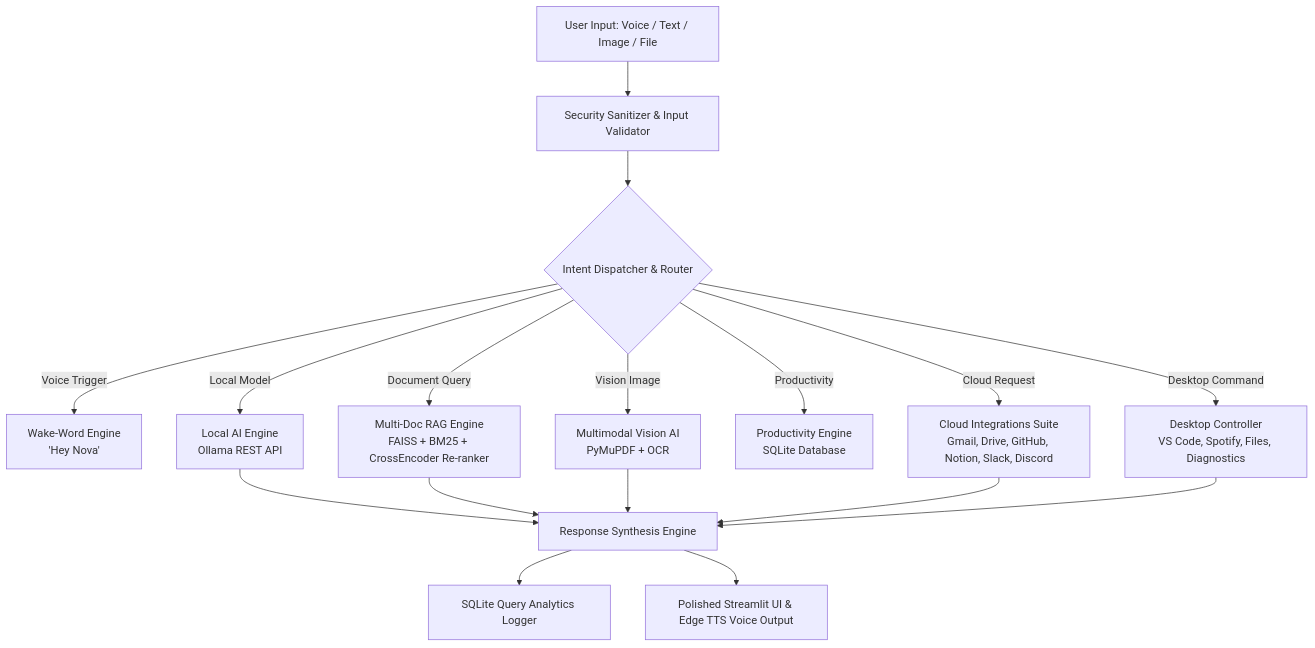
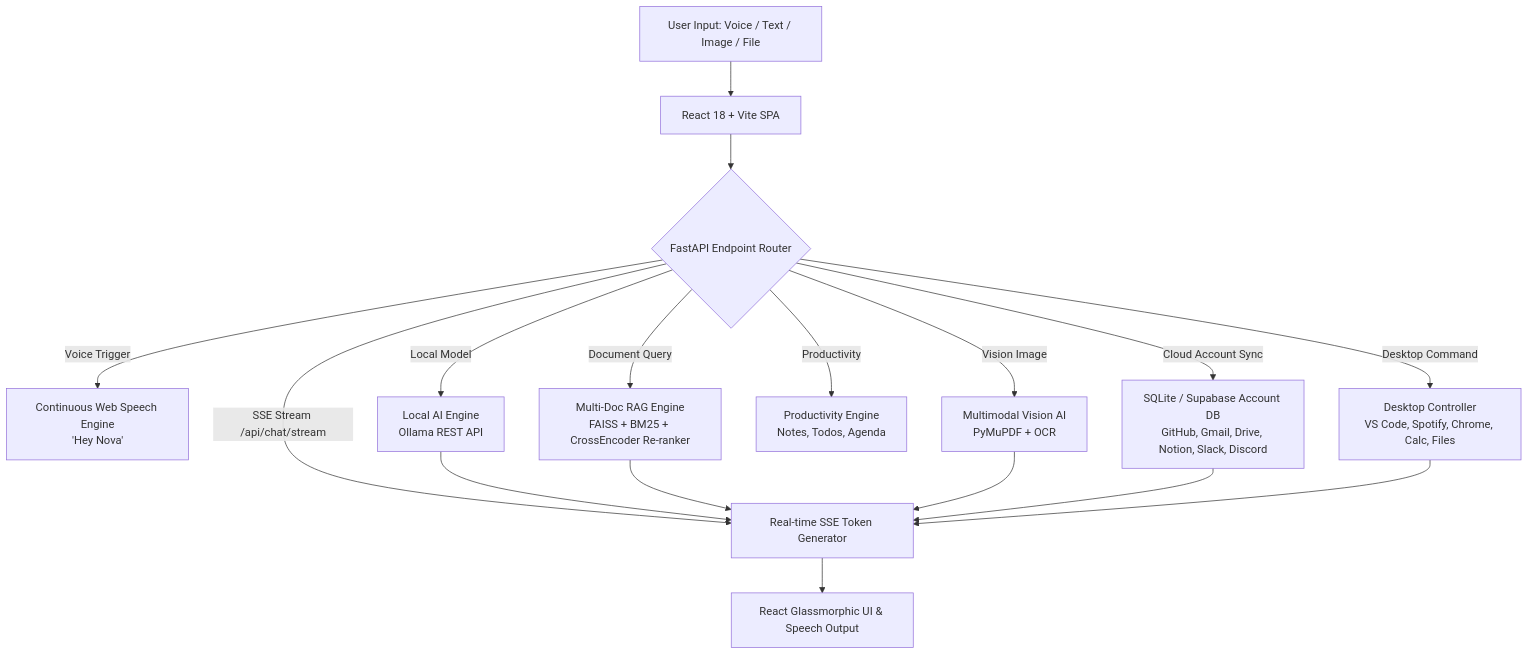
Before and after one commit to Sonal-sp/Nova-An-AI-voice-assistant-: the diagram in README.md, drawn with Mermaid. The commit also changed other lines of this file and 1 other file, not shown here.

Commit message:
Update README.md architecture & future roadmap, add comprehensive production DEPLOYMENT.md guide

````diff
--- a/README.md
+++ b/README.md
@@ -32,22 +36,22 @@
 ```mermaid
 flowchart TD
-    UserQuery[User Input: Voice / Text / Image / File] --> InputSanitizer[Security Sanitizer & Input Validator]
-    InputSanitizer --> Router{Intent Dispatcher & Router}
+    UserQuery[User Input: Voice / Text / Image / File] --> Frontend[React 18 + Vite SPA]
+    Frontend --> Router{FastAPI Endpoint Router}
 
-    Router -->|Voice Trigger| WakeWord[Wake-Word Engine\n'Hey Nova']
-    Router -->|Cloud Request| Integrations[Cloud Integrations Suite\nGmail, Drive, GitHub, Notion, Slack, Discord]
+    Router -->|SSE Stream /api/chat/stream| LLMProcessor[Real-time SSE Token Generator]
+    Router -->|Voice Trigger| WakeWord[Continuous Web Speech Engine\n'Hey Nova']
+    Router -->|Cloud Account Sync| AccountDB[SQLite / Supabase Account DB\nGitHub, Gmail, Drive, Notion, Slack, Discord]
     Router -->|Local Model| Ollama[Local AI Engine\nOllama REST API]
-    Router -->|Desktop Command| OSControl[Desktop Controller\nVS Code, Spotify, Files, Diagnostics]
-    Router -->|Productivity| SQLiteDB[Productivity Engine\nSQLite Database]
+    Router -->|Desktop Command| OSControl[Desktop Controller\nVS Code, Spotify, Chrome, Calc, Files]
+    Router -->|Productivity| SQLiteDB[Productivity Engine\nNotes, Todos, Agenda]
     Router -->|Document Query| HybridRAG[Multi-Doc RAG Engine\nFAISS + BM25 + CrossEncoder Re-ranker]
     Router -->|Vision Image| VisionAI[Multimodal Vision AI\nPyMuPDF + OCR]
 
-    Ollama --> LLMSynthesis[Response Synthesis Engine]
-    HybridRAG --> LLMSynthesis
-    VisionAI --> LLMSynthesis
-    Integrations --> LLMSynthesis
-    OSControl --> LLMSynthesis
+    Ollama --> LLMProcessor
+    HybridRAG --> LLMProcessor
+    VisionAI --> LLMProcessor
+    AccountDB --> LLMProcessor
+    OSControl --> LLMProcessor
 
-    LLMSynthesis --> AnalyticsLogger[SQLite Query Analytics Logger]
-    LLMSynthesis --> OutputUI[Polished Streamlit UI & Edge TTS Voice Output]
+    LLMProcessor --> OutputUI[React Glassmorphic UI & Speech Output]
 ```
````
